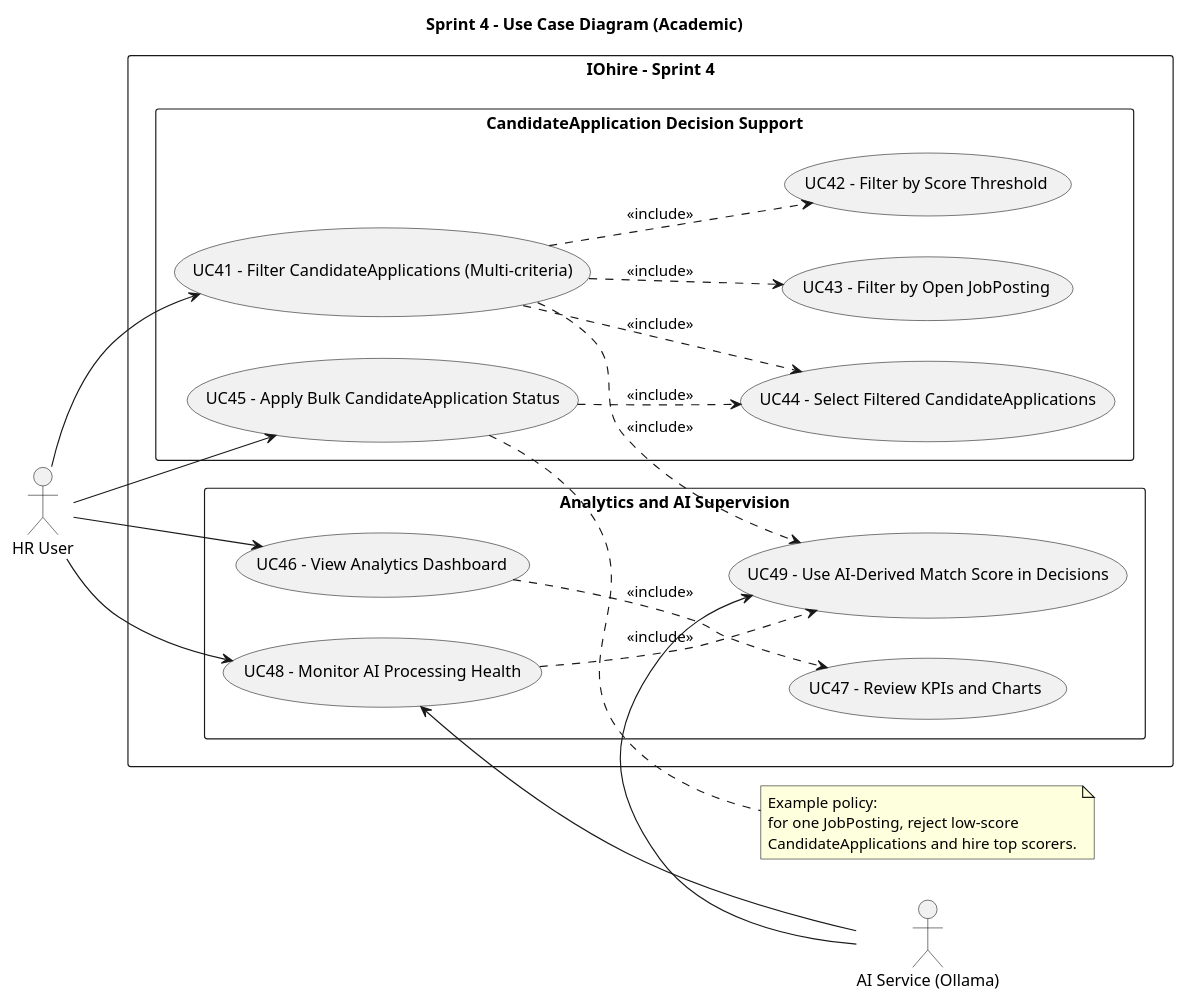
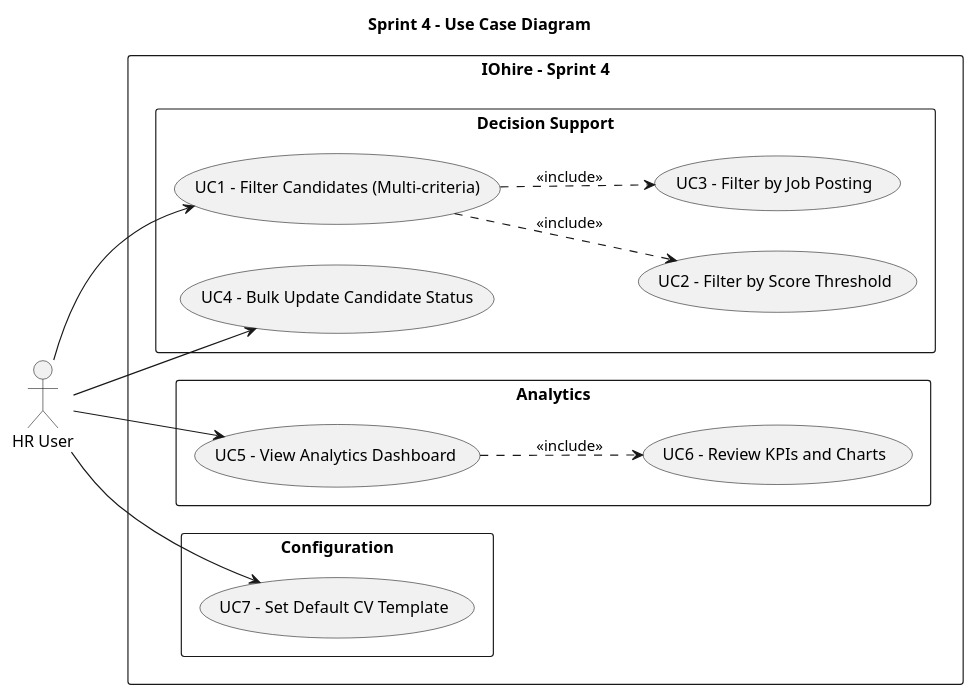
One commit to OussamaRhimi/IOhire changed the diagram in docs/uml/sprint4_usecase.puml. Above: the diagram before and after it, drawn with PlantUML. The commit also changed 35 other files, not shown here.

```diff
--- a/docs/uml/sprint4_usecase.puml
+++ b/docs/uml/sprint4_usecase.puml
@@ -1,50 +1,36 @@
 @startuml
-title Sprint 4 - Use Case Diagram (Academic)
+title Sprint 4 - Use Case Diagram
 left to right direction
 skinparam packageStyle rectangle
 skinparam shadowing false
 
 actor "HR User" as A_HR
-actor "AI Service (Ollama)" as A_AI
 
 rectangle "IOhire - Sprint 4" {
-  package "CandidateApplication Decision Support" {
-    usecase "UC41 - Filter CandidateApplications (Multi-criteria)" as UC41
-    usecase "UC42 - Filter by Score Threshold" as UC42
-    usecase "UC43 - Filter by Open JobPosting" as UC43
-    usecase "UC44 - Select Filtered CandidateApplications" as UC44
-    usecase "UC45 - Apply Bulk CandidateApplication Status" as UC45
+  package "Decision Support" {
+    usecase "UC1 - Filter Candidates (Multi-criteria)" as UC1
+    usecase "UC2 - Filter by Score Threshold" as UC2
+    usecase "UC3 - Filter by Job Posting" as UC3
+    usecase "UC4 - Bulk Update Candidate Status" as UC4
   }
 
-  package "Analytics and AI Supervision" {
-    usecase "UC46 - View Analytics Dashboard" as UC46
-    usecase "UC47 - Review KPIs and Charts" as UC47
-    usecase "UC48 - Monitor AI Processing Health" as UC48
-    usecase "UC49 - Use AI-Derived Match Score in Decisions" as UC49
+  package "Analytics" {
+    usecase "UC5 - View Analytics Dashboard" as UC5
+    usecase "UC6 - Review KPIs and Charts" as UC6
+  }
+
+  package "Configuration" {
+    usecase "UC7 - Set Default CV Template" as UC7
   }
 }
 
-A_HR --> UC41
-A_HR --> UC45
-A_HR --> UC46
-A_HR --> UC48
+A_HR --> UC1
+A_HR --> UC4
+A_HR --> UC5
+A_HR --> UC7
 
-UC41 ..> UC42 : <<include>>
-UC41 ..> UC43 : <<include>>
-UC41 ..> UC44 : <<include>>
-UC41 ..> UC49 : <<include>>
-UC45 ..> UC44 : <<include>>
-
-UC46 ..> UC47 : <<include>>
-UC48 ..> UC49 : <<include>>
-
-A_AI -left-> UC49
-A_AI -left-> UC48
-
-note right of UC45
-  Example policy:
-  for one JobPosting, reject low-score
-  CandidateApplications and hire top scorers.
-end note
+UC1 ..> UC2 : <<include>>
+UC1 ..> UC3 : <<include>>
+UC5 ..> UC6 : <<include>>
 
 @enduml
```
